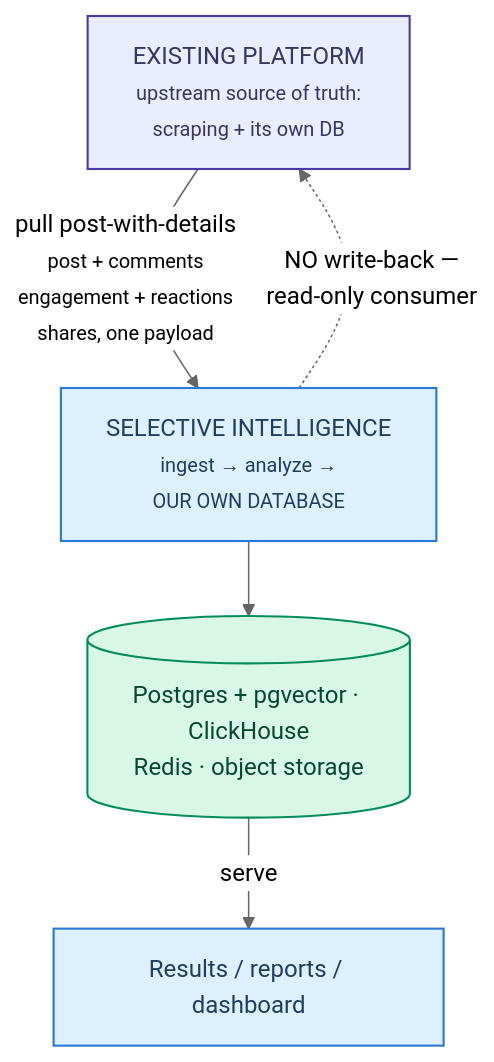
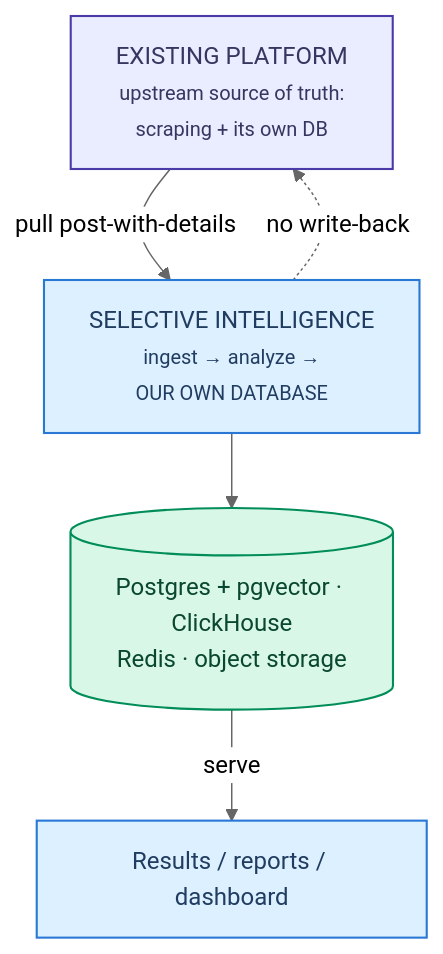
The diagram in paper/diagrams/fig-integration.mmd (Bishwajit-2810/Defense), drawn with Mermaid (neutral theme) before and after one commit. The commit also changed 40 other files, not shown here.

```diff
--- a/paper/diagrams/fig-integration.mmd
+++ b/paper/diagrams/fig-integration.mmd
@@ -1,18 +1,18 @@
 graph TD
     Up["EXISTING PLATFORM<br/><small>upstream source of truth:<br/>scraping + its own DB</small>"]
     SL["SELECTIVE INTELLIGENCE<br/><small>ingest → analyze →<br/>OUR OWN DATABASE</small>"]
     Stores[("Postgres + pgvector · ClickHouse<br/>Redis · object storage")]
     Out["Results / reports / dashboard"]
 
-    Up -- "pull post-with-details<br/><small>post + comments<br/>engagement + reactions<br/>shares, one payload</small>" --> SL
-    SL -. "NO write-back —<br/>read-only consumer" .-> Up
+    Up -- "pull post-with-details" --> SL
+    SL -. "no write-back" .-> Up
     SL --> Stores
     Stores -- "serve" --> Out
 
     class Up entry
     class SL,Out svc
     class Stores store
 
     classDef entry fill:#eaecff,stroke:#4a3aa7,stroke-width:1.4px,color:#373660
     classDef svc fill:#ddf0ff,stroke:#2a78d6,stroke-width:1.4px,color:#203d61
     classDef store fill:#d8f7e6,stroke:#008d5a,stroke-width:1.4px,color:#0a4730
```
